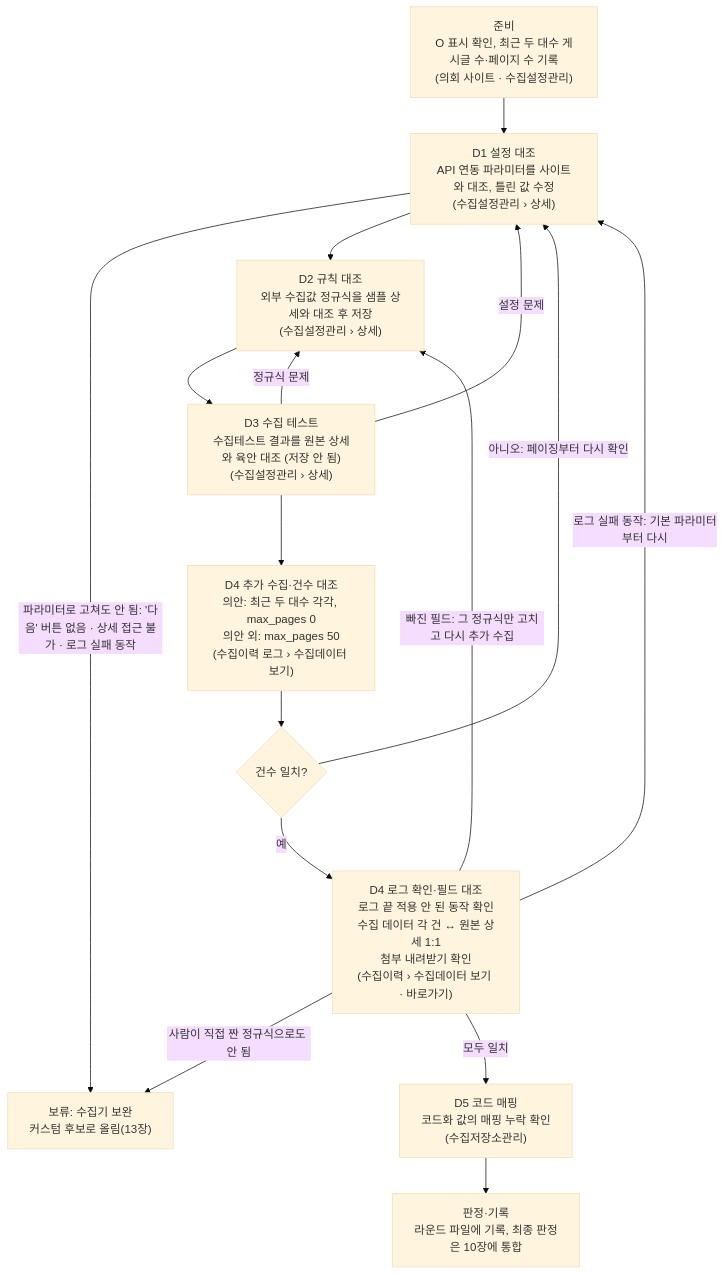
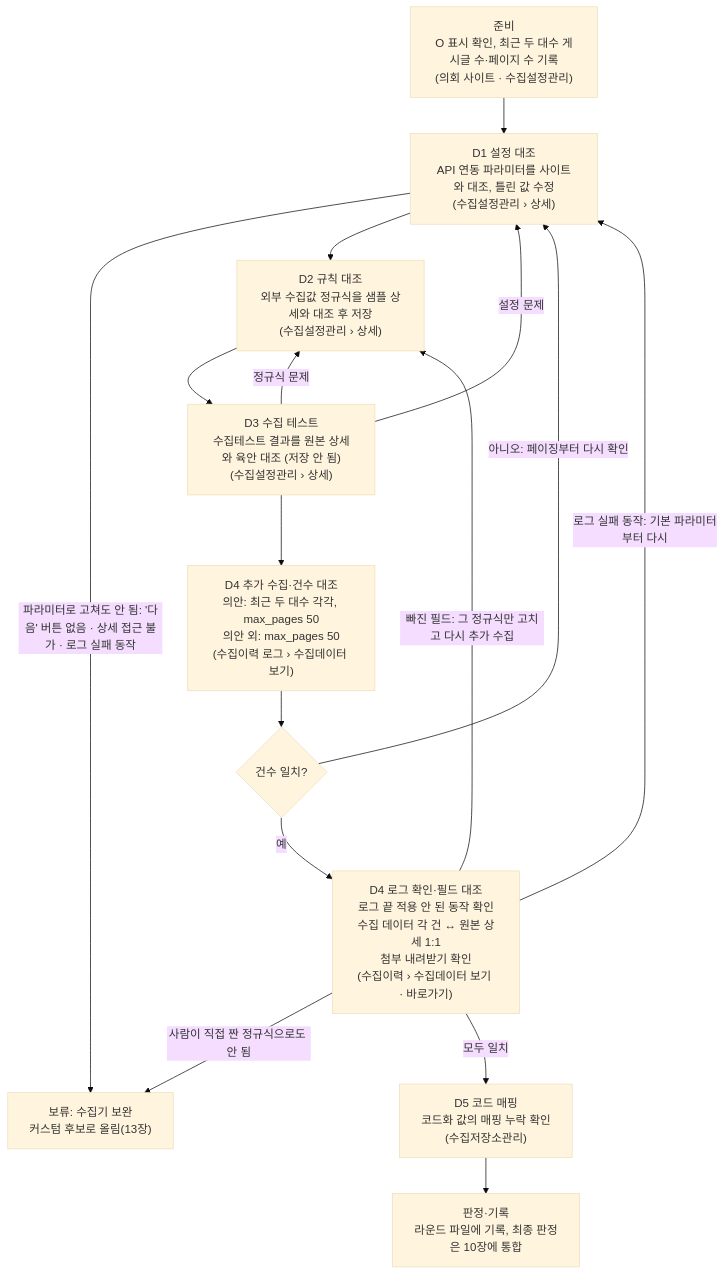
One commit to choimingyu99/collector changed the diagram in SSOT.md. Above: the diagram before and after it, drawn with Mermaid (base theme). The commit also changed other lines of this file and 1 other file, not shown here.

Commit message:
기준: 의안 max_pages 0 → 50(통합 담당 결정), 대수는 최근 두 대수 — 0·1·2·3·4·5·6·9·12·14장·템플릿, 11장 부분 통합 행

````diff
--- a/SSOT.md
+++ b/SSOT.md
@@ -97,18 +97,18 @@
 ```mermaid
 flowchart TD
     P["준비<br/>O 표시 확인, 최근 두 대수 게시글 수·페이지 수 기록<br/>(의회 사이트 · 수집설정관리)"] --> D1["D1 설정 대조<br/>API 연동 파라미터를 사이트와 대조, 틀린 값 수정<br/>(수집설정관리 › 상세)"]
     D1 -->|파라미터로 고쳐도 안 됨: '다음' 버튼 없음 · 상세 접근 불가 · 로그 실패 동작| H["보류: 수집기 보완<br/>커스텀 후보로 올림(13장)"]
     D1 --> D2["D2 규칙 대조<br/>외부 수집값 정규식을 샘플 상세와 대조 후 저장<br/>(수집설정관리 › 상세)"]
     D2 --> D3["D3 수집 테스트<br/>수집테스트 결과를 원본 상세와 육안 대조 (저장 안 됨)<br/>(수집설정관리 › 상세)"]
     D3 -->|정규식 문제| D2
     D3 -->|설정 문제| D1
-    D3 --> D4["D4 추가 수집·건수 대조<br/>의안: 최근 두 대수 각각, max_pages 0<br/>의안 외: max_pages 50<br/>(수집이력 로그 › 수집데이터 보기)"]
+    D3 --> D4["D4 추가 수집·건수 대조<br/>의안: 최근 두 대수 각각, max_pages 50<br/>의안 외: max_pages 50<br/>(수집이력 로그 › 수집데이터 보기)"]
     D4 --> C{건수 일치?}
     C -->|아니오: 페이징부터 다시 확인| D1
     C -->|예| F["D4 로그 확인·필드 대조<br/>로그 끝 적용 안 된 동작 확인<br/>수집 데이터 각 건 ↔ 원본 상세 1:1<br/>첨부 내려받기 확인<br/>(수집이력 › 수집데이터 보기 · 바로가기)"]
     F -->|로그 실패 동작: 기본 파라미터부터 다시| D1
     F -->|빠진 필드: 그 정규식만 고치고 다시 추가 수집| D2
     F -->|사람이 직접 짠 정규식으로도 안 됨| H
     F -->|모두 일치| D5["D5 코드 매핑<br/>코드화 값의 매핑 누락 확인<br/>(수집저장소관리)"]
     D5 --> R["판정·기록<br/>라운드 파일에 기록, 최종 판정은 10장에 통합"]
 ```
````
